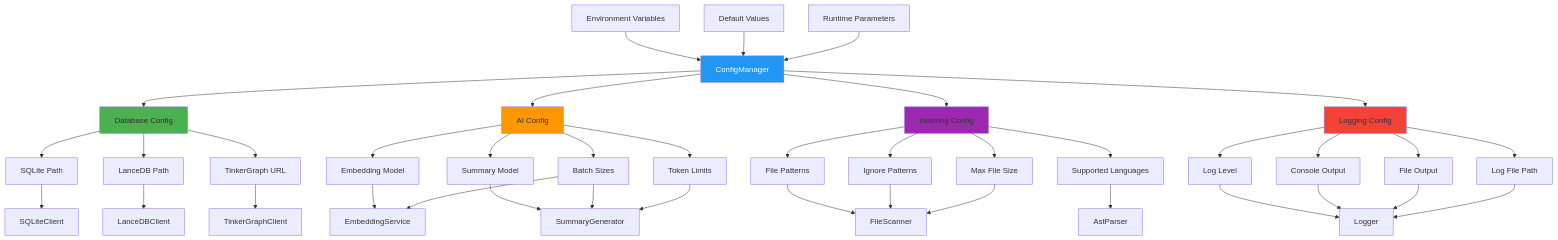
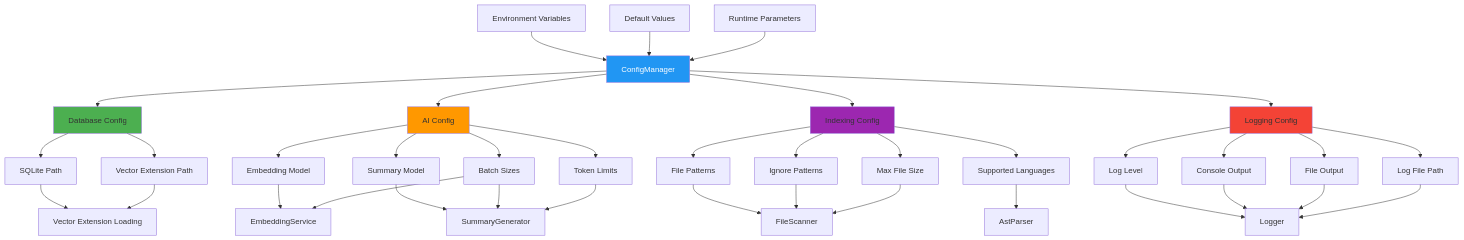
One commit to foyzulkarim/hikma-engine changed the fifth of 6 diagrams in ARCHITECTURE_DIAGRAMS.md. Above: the diagram before and after it, drawn with Mermaid. The commit also changed other lines of this file and 68 other files, not shown here.

First line of the commit message:
feat: migrate to unified SQLite architecture with sqlite-vec extension

````diff
--- a/ARCHITECTURE_DIAGRAMS.md
+++ b/ARCHITECTURE_DIAGRAMS.md
@@ -314,57 +305,55 @@
 ```mermaid
 graph TD
     A[Environment Variables] --> B[ConfigManager]
     C[Default Values] --> B
     D[Runtime Parameters] --> B
     
     B --> E[Database Config]
     B --> F[AI Config]
     B --> G[Indexing Config]
     B --> H[Logging Config]
     
     E --> I[SQLite Path]
-    E --> J[LanceDB Path]
-    E --> K[TinkerGraph URL]
+    E --> J[Vector Extension Path]
     
     F --> L[Embedding Model]
     F --> M[Summary Model]
     F --> N[Batch Sizes]
     F --> O[Token Limits]
     
     G --> P[File Patterns]
     G --> Q[Ignore Patterns]
     G --> R[Max File Size]
     G --> S[Supported Languages]
     
     H --> T[Log Level]
     H --> U[Console Output]
     H --> V[File Output]
     H --> W[Log File Path]
     
     %% Usage by Modules
     I --> X[SQLiteClient]
-    J --> Y[LanceDBClient]
-    K --> Z[TinkerGraphClient]
+    J --> X[Vector Extension Loading]
     
     L --> AA[EmbeddingService]
     M --> BB[SummaryGenerator]
     N --> AA
     N --> BB
     O --> BB
     
     P --> CC[FileScanner]
     Q --> CC
     R --> CC
     S --> DD[AstParser]
     
     T --> EE[Logger]
     U --> EE
     V --> EE
     W --> EE
     
     style B fill:#2196f3,color:#fff
     style E fill:#4caf50
     style F fill:#ff9800
     style G fill:#9c27b0
     style H fill:#f44336
 ```
````
